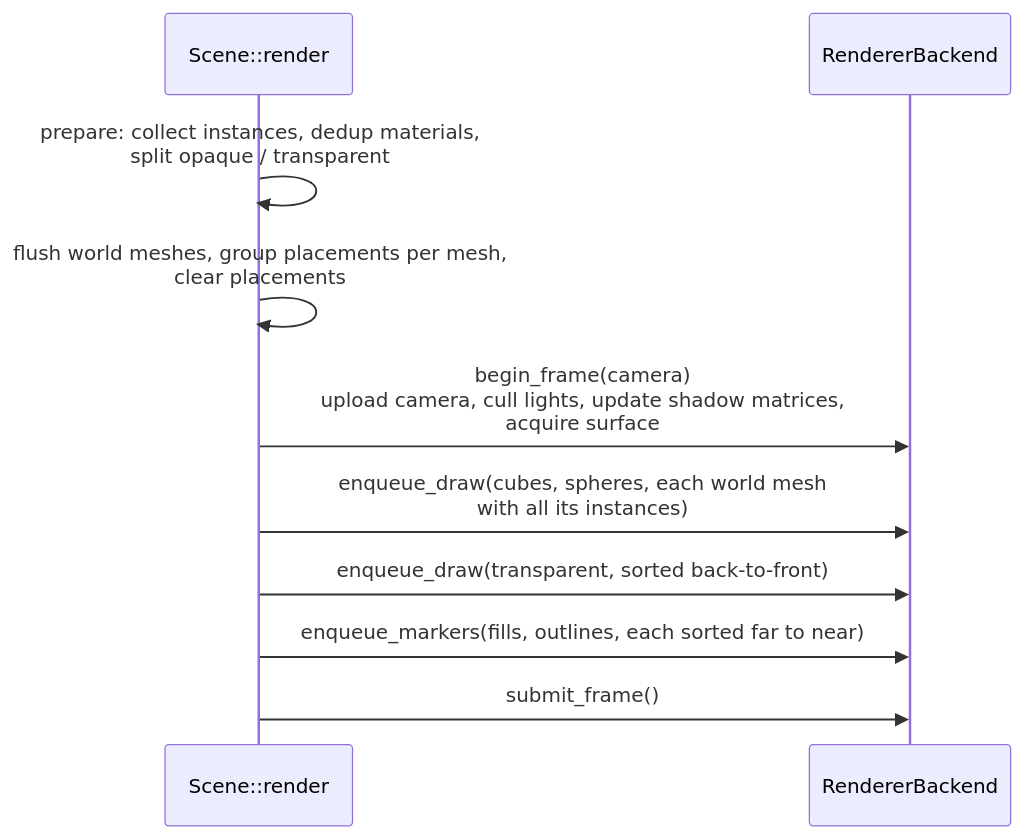
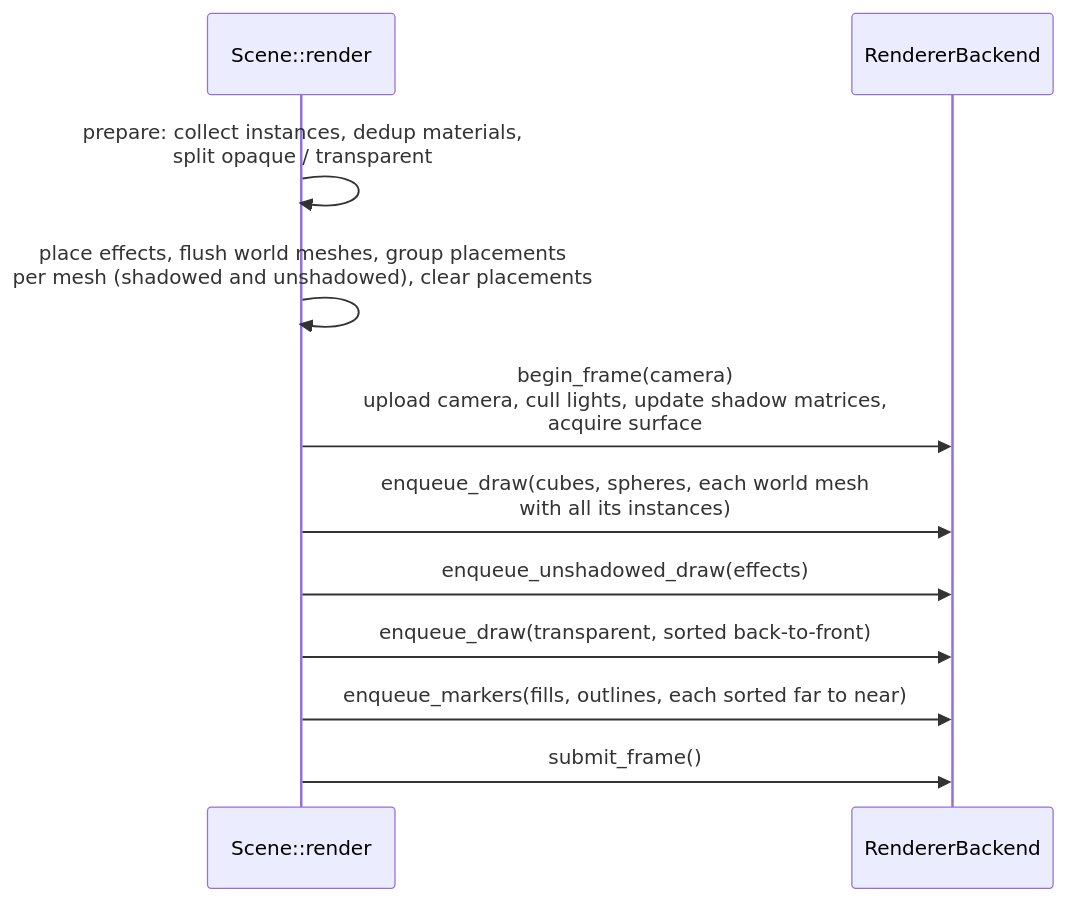
The second of 3 diagrams in wiki/architecture/rendering.md (WrackedFella/moho), drawn with Mermaid before and after one commit. The commit also changed other lines of this file and 19 other files, not shown here.

````diff
--- a/wiki/architecture/rendering.md
+++ b/wiki/architecture/rendering.md
@@ -365,12 +366,13 @@
 ```mermaid
 sequenceDiagram
     participant S as Scene::render
     participant B as RendererBackend
     S->>S: prepare: collect instances, dedup materials,<br/>split opaque / transparent
-    S->>S: flush world meshes, group placements per mesh,<br/>clear placements
+    S->>S: place effects, flush world meshes, group placements<br/>per mesh (shadowed and unshadowed), clear placements
     S->>B: begin_frame(camera)<br/>upload camera, cull lights, update shadow matrices,<br/>acquire surface
     S->>B: enqueue_draw(cubes, spheres, each world mesh<br/>with all its instances)
+    S->>B: enqueue_unshadowed_draw(effects)
     S->>B: enqueue_draw(transparent, sorted back-to-front)
     S->>B: enqueue_markers(fills, outlines, each sorted far to near)
     S->>B: submit_frame()
 ```
````
